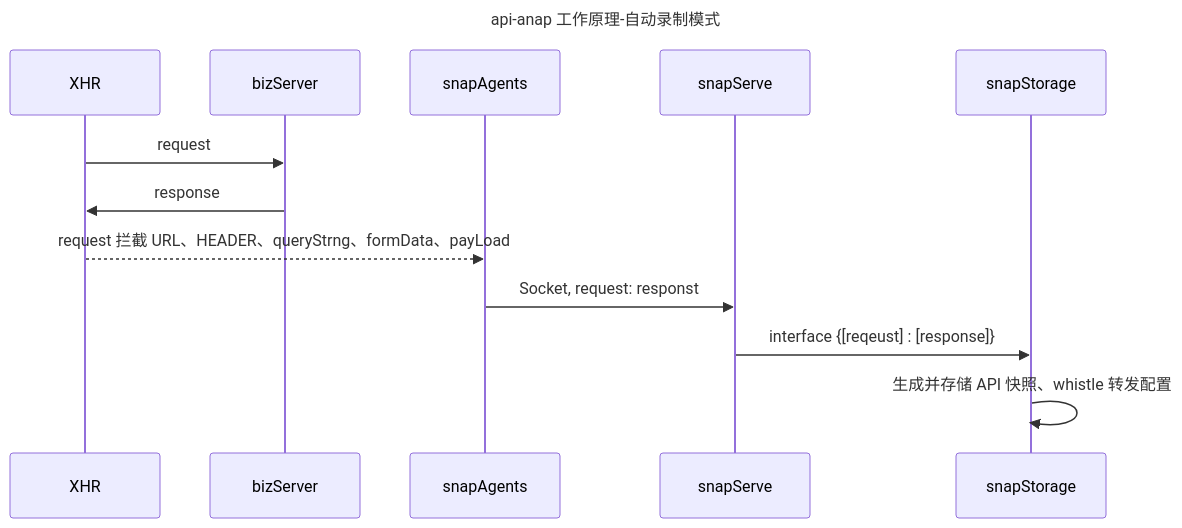
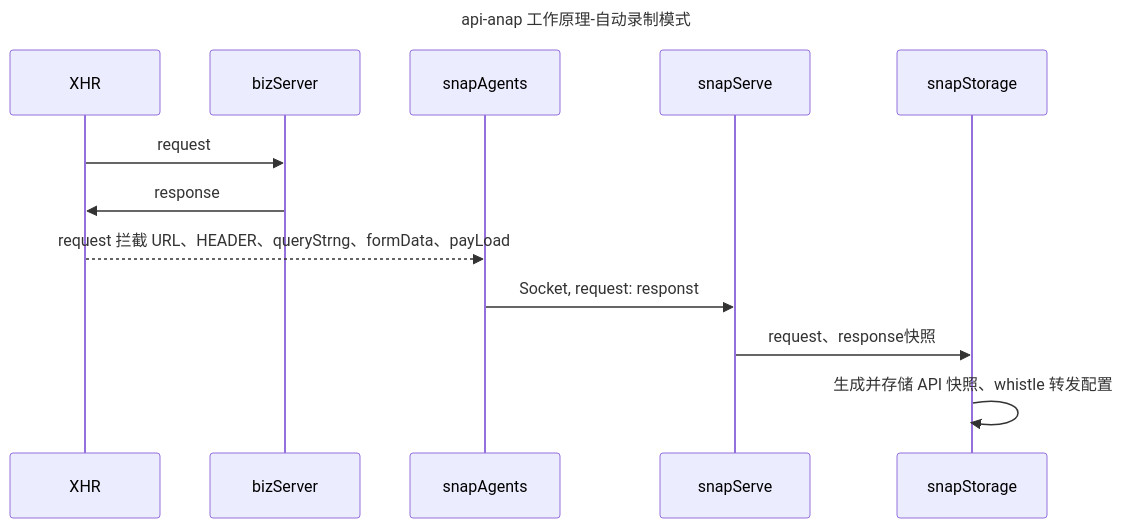
One commit to SaxonGao-SZ/api-snap changed the first of 3 diagrams in docs/api-snap.md. Above: the diagram before and after it, drawn with Mermaid. The commit also changed other lines of this file and 18 other files, not shown here.

````diff
--- a/docs/api-snap.md
+++ b/docs/api-snap.md
@@ -16,17 +17,17 @@
 ```mermaid
 
 sequenceDiagram
 title: api-anap 工作原理-自动录制模式
 
 participant XHR
 participant bizServer
 participant snapAgents
 participant snapServe
 participant snapStorage
 XHR ->> bizServer: request
 bizServer ->> XHR: response
 XHR -->> snapAgents: request 拦截 URL、HEADER、queryStrng、formData、payLoad
 snapAgents ->> snapServe: Socket, request: responst
-snapServe ->> snapStorage: interface {[reqeust] : [response]}
+snapServe ->> snapStorage: request、response快照
 snapStorage ->> snapStorage: 生成并存储 API 快照、whistle 转发配置
 ```
````
